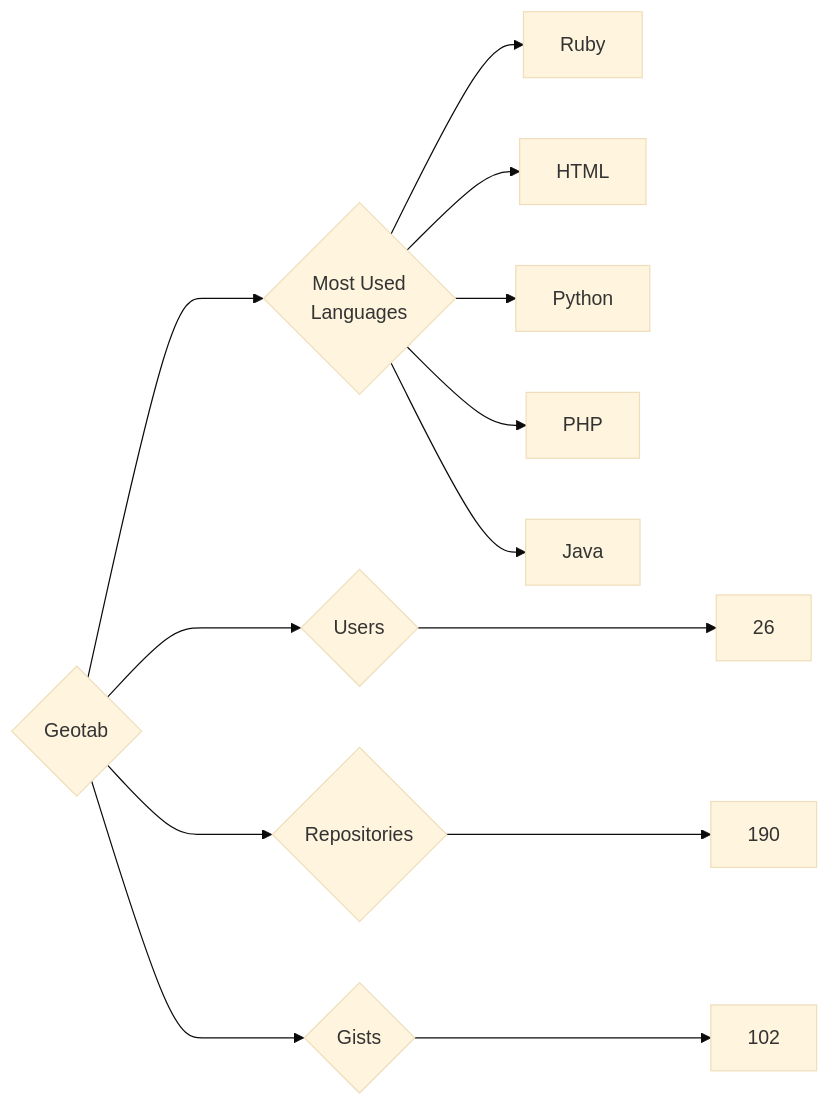
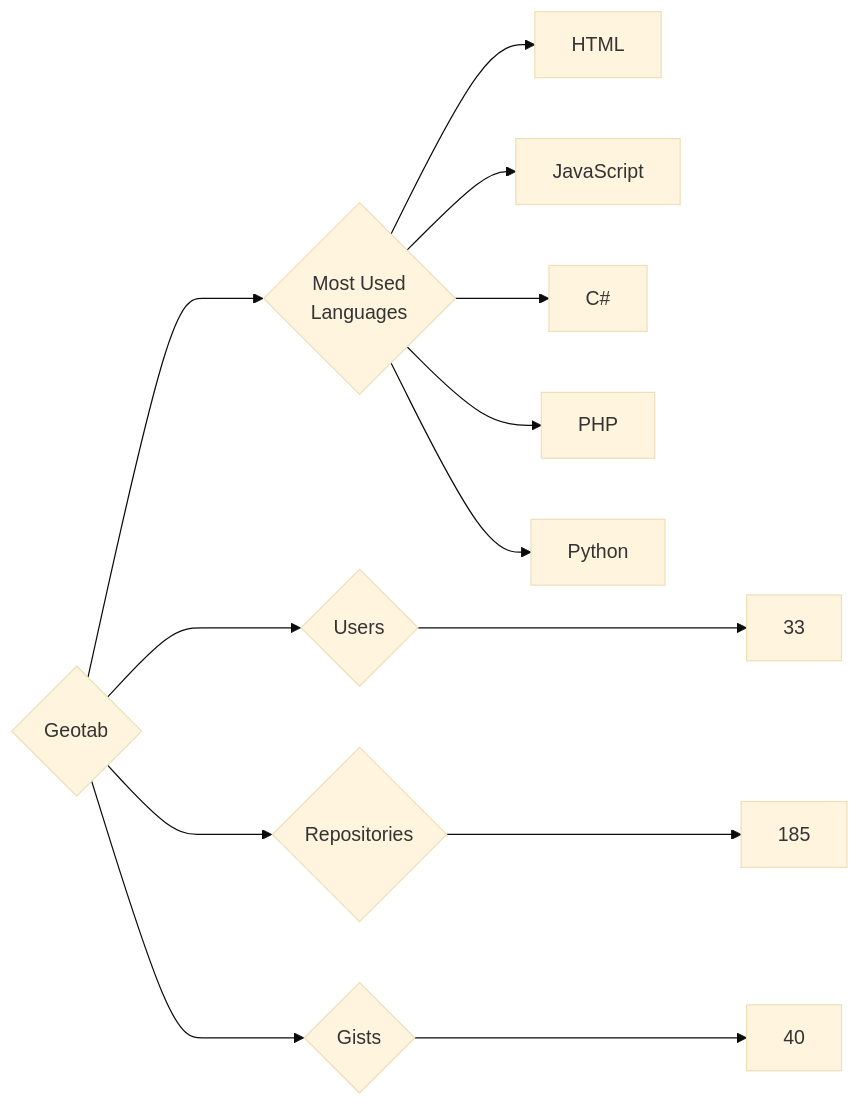
One commit to trickest/insiders changed the diagram in targets/Geotab/README.md. Above: the diagram before and after it, drawn with Mermaid (base theme). The commit also changed 633 other files, not shown here.

````diff
--- a/targets/Geotab/README.md
+++ b/targets/Geotab/README.md
@@ -3,13 +3,13 @@
 ```mermaid
 graph LR
 COMPANY_NAME{Geotab}
-COMPANY_NAME ---> U{Users} ---> UN[26]
-COMPANY_NAME ---> R{Repositories} ---> RN[190]
-COMPANY_NAME ---> G{Gists} ---> GN[102]
+COMPANY_NAME ---> U{Users} ---> UN[33]
+COMPANY_NAME ---> R{Repositories} ---> RN[185]
+COMPANY_NAME ---> G{Gists} ---> GN[40]
 COMPANY_NAME ---> ML{Most Used<br>Languages}
-ML --> Ruby[Ruby]
 ML --> HTML[HTML]
+ML --> JavaScript[JavaScript]
+ML --> C#[C#]
+ML --> PHP[PHP]
 ML --> Python[Python]
-ML --> PHP[PHP]
-ML --> Java[Java]
 ```
````
